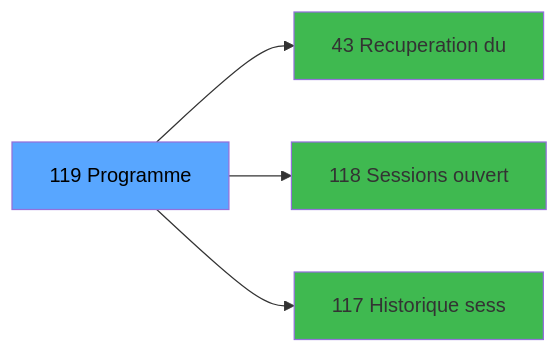
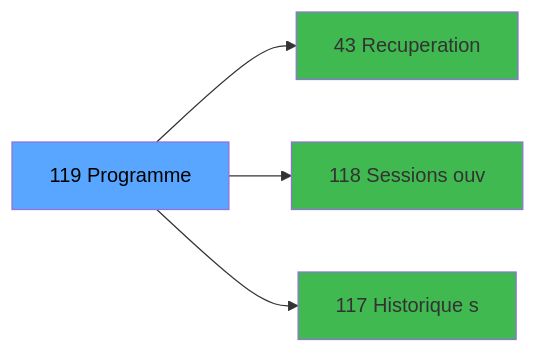
Before and after one commit to thonyAGP/magic-migration: the third of 3 diagrams in .openspec/specs/ADH-IDE-119.md, drawn with Mermaid. The commit also changed other lines of this file and 323 other files, not shown here.

````diff
--- a/.openspec/specs/ADH-IDE-119.md
+++ b/.openspec/specs/ADH-IDE-119.md
@@ -119,14 +146,14 @@
 ```mermaid
 graph LR
     T[119 Programme]
-    C43[43 Recuperation du]
+    C43[43 Recuperation]
     T --> C43
-    C118[118 Sessions ouvert]
+    C118[118 Sessions ouv]
     T --> C118
-    C117[117 Historique sess]
+    C117[117 Historique s]
     T --> C117
     style T fill:#58a6ff,color:#000
     style C43 fill:#3fb950
     style C118 fill:#3fb950
     style C117 fill:#3fb950
 ```
````
